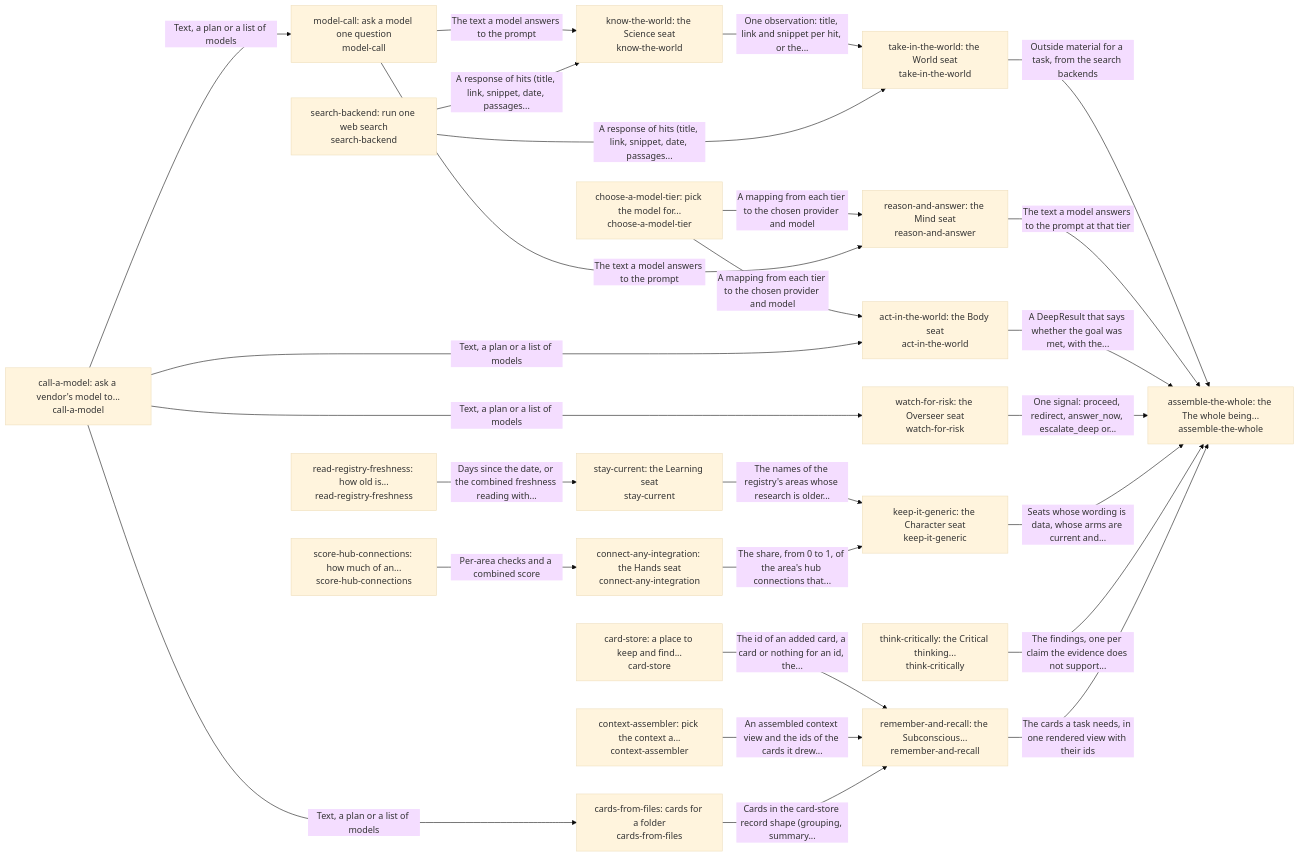
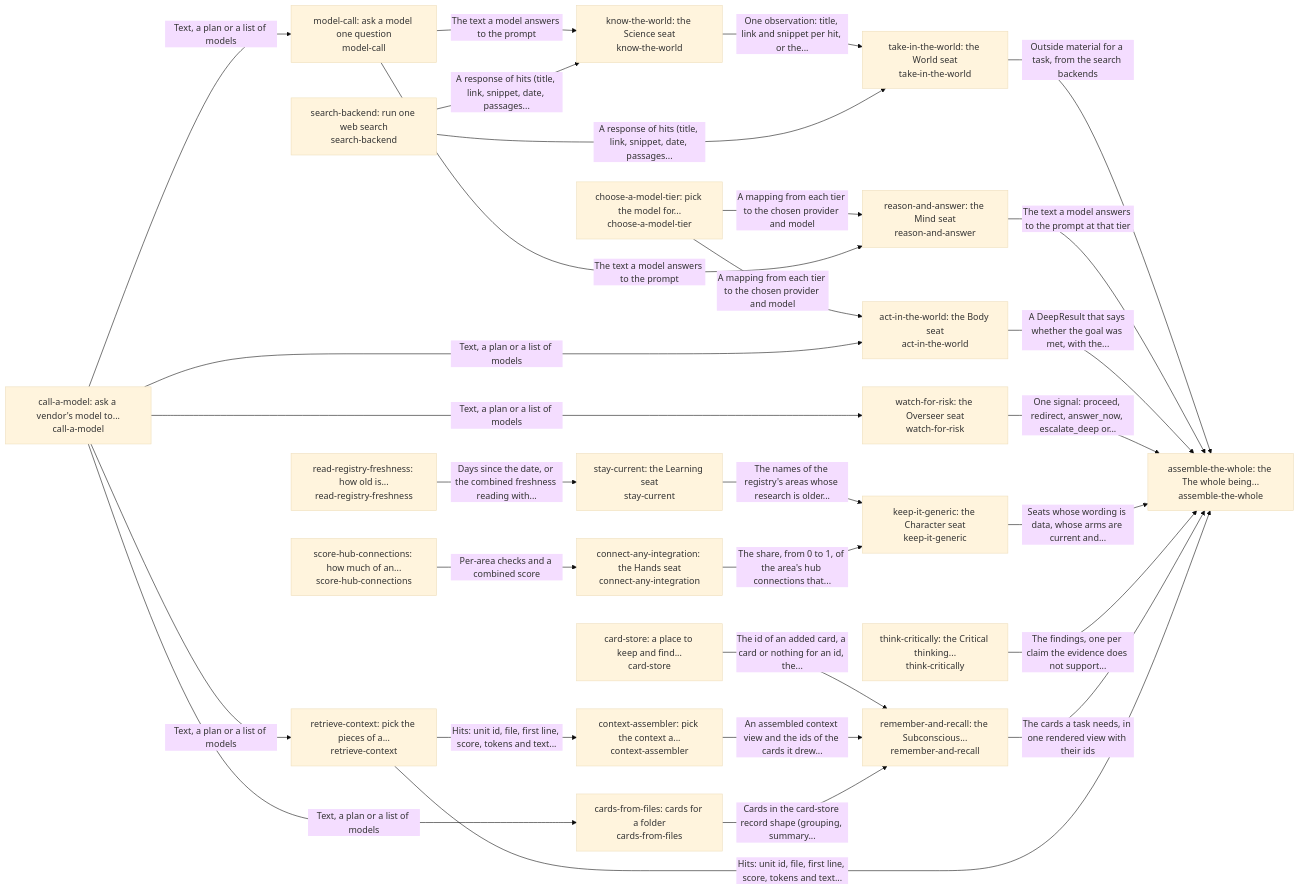
Before and after one commit to SpiritualData/ai-hub-of-hubs-structure: the diagram in esoi/README.md, drawn with Mermaid (base theme). The commit also changed other lines of this file and 62 other files, not shown here.

First line of the commit message:
retrieve-context: one retrieval family, one balanced number over file, topic, orientation and no-context requests

````diff
--- a/esoi/README.md
+++ b/esoi/README.md
@@ -17,48 +17,52 @@
 ```mermaid
 flowchart LR
     s0["take-in-the-world: the World seat<br/>take-in-the-world"]
     s1["reason-and-answer: the Mind seat<br/>reason-and-answer"]
     s2["choose-a-model-tier: pick the model for...<br/>choose-a-model-tier"]
     s3["know-the-world: the Science seat<br/>know-the-world"]
     s4["act-in-the-world: the Body seat<br/>act-in-the-world"]
     s5["watch-for-risk: the Overseer seat<br/>watch-for-risk"]
     s6["assemble-the-whole: the The whole being...<br/>assemble-the-whole"]
     s7["stay-current: the Learning seat<br/>stay-current"]
     s8["read-registry-freshness: how old is...<br/>read-registry-freshness"]
     s9["keep-it-generic: the Character seat<br/>keep-it-generic"]
     s10["connect-any-integration: the Hands seat<br/>connect-any-integration"]
     s11["score-hub-connections: how much of an...<br/>score-hub-connections"]
     s12["card-store: a place to keep and find...<br/>card-store"]
     s13["think-critically: the Critical thinking...<br/>think-critically"]
     s14["model-call: ask a model one question<br/>model-call"]
     s15["call-a-model: ask a vendor's model to...<br/>call-a-model"]
     s16["remember-and-recall: the Subconscious...<br/>remember-and-recall"]
     s17["context-assembler: pick the context a...<br/>context-assembler"]
     s18["cards-from-files: cards for a folder<br/>cards-from-files"]
-    s19["search-backend: run one web search<br/>search-backend"]
+    s19["retrieve-context: pick the pieces of a...<br/>retrieve-context"]
+    s20["search-backend: run one web search<br/>search-backend"]
     s0 -->|"Outside material for a task, from the search backends"| s6
     s1 -->|"The text a model answers to the prompt at that tier"| s6
     s2 -->|"A mapping from each tier to the chosen provider and model"| s1
     s2 -->|"A mapping from each tier to the chosen provider and model"| s4
     s3 -->|"One observation: title, link and snippet per hit, or the..."| s0
     s4 -->|"A DeepResult that says whether the goal was met, with the..."| s6
     s5 -->|"One signal: proceed, redirect, answer_now, escalate_deep or..."| s6
     s7 -->|"The names of the registry's areas whose research is older..."| s9
     s8 -->|"Days since the date, or the combined freshness reading with..."| s7
     s9 -->|"Seats whose wording is data, whose arms are current and..."| s6
     s10 -->|"The share, from 0 to 1, of the area's hub connections that..."| s9
     s11 -->|"Per-area checks and a combined score"| s10
     s12 -->|"The id of an added card, a card or nothing for an id, the..."| s16
     s13 -->|"The findings, one per claim the evidence does not support..."| s6
     s14 -->|"The text a model answers to the prompt"| s1
     s14 -->|"The text a model answers to the prompt"| s3
     s15 -->|"Text, a plan or a list of models"| s4
     s15 -->|"Text, a plan or a list of models"| s5
     s15 -->|"Text, a plan or a list of models"| s14
     s15 -->|"Text, a plan or a list of models"| s18
+    s15 -->|"Text, a plan or a list of models"| s19
     s16 -->|"The cards a task needs, in one rendered view with their ids"| s6
     s17 -->|"An assembled context view and the ids of the cards it drew..."| s16
     s18 -->|"Cards in the card-store record shape (grouping, summary..."| s16
-    s19 -->|"A response of hits (title, link, snippet, date, passages..."| s0
-    s19 -->|"A response of hits (title, link, snippet, date, passages..."| s3
+    s19 -->|"Hits: unit id, file, first line, score, tokens and text..."| s6
+    s19 -->|"Hits: unit id, file, first line, score, tokens and text..."| s17
+    s20 -->|"A response of hits (title, link, snippet, date, passages..."| s0
+    s20 -->|"A response of hits (title, link, snippet, date, passages..."| s3
 ```
````
